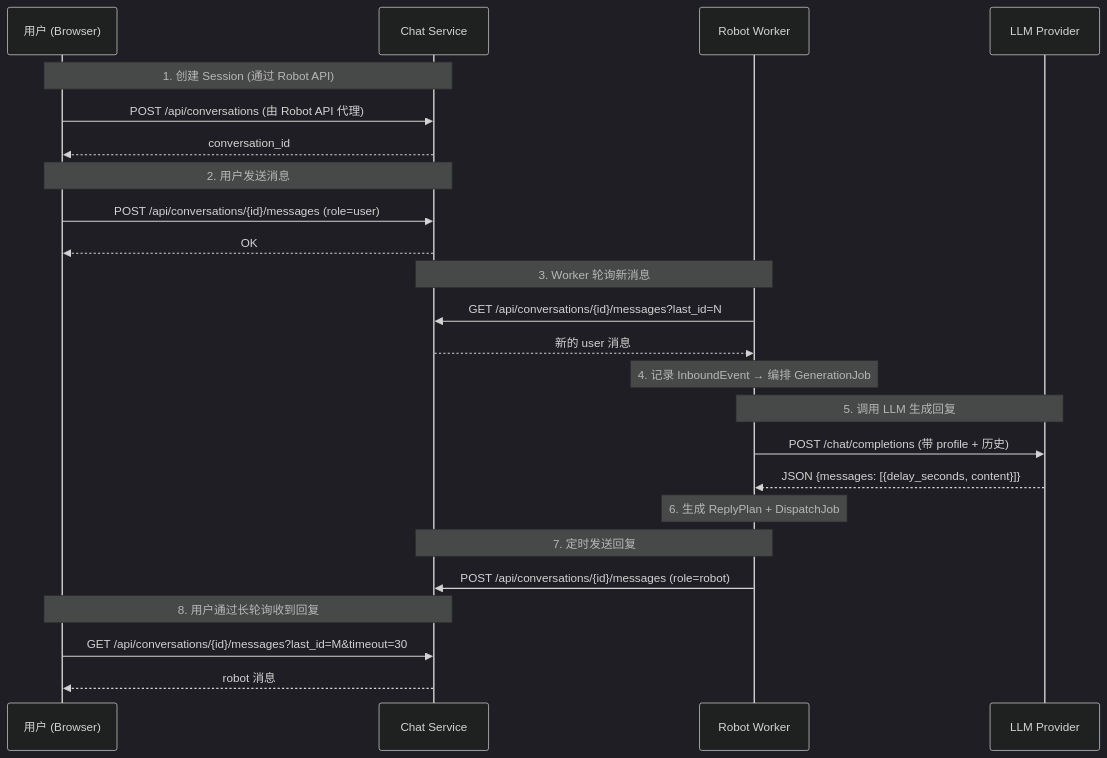
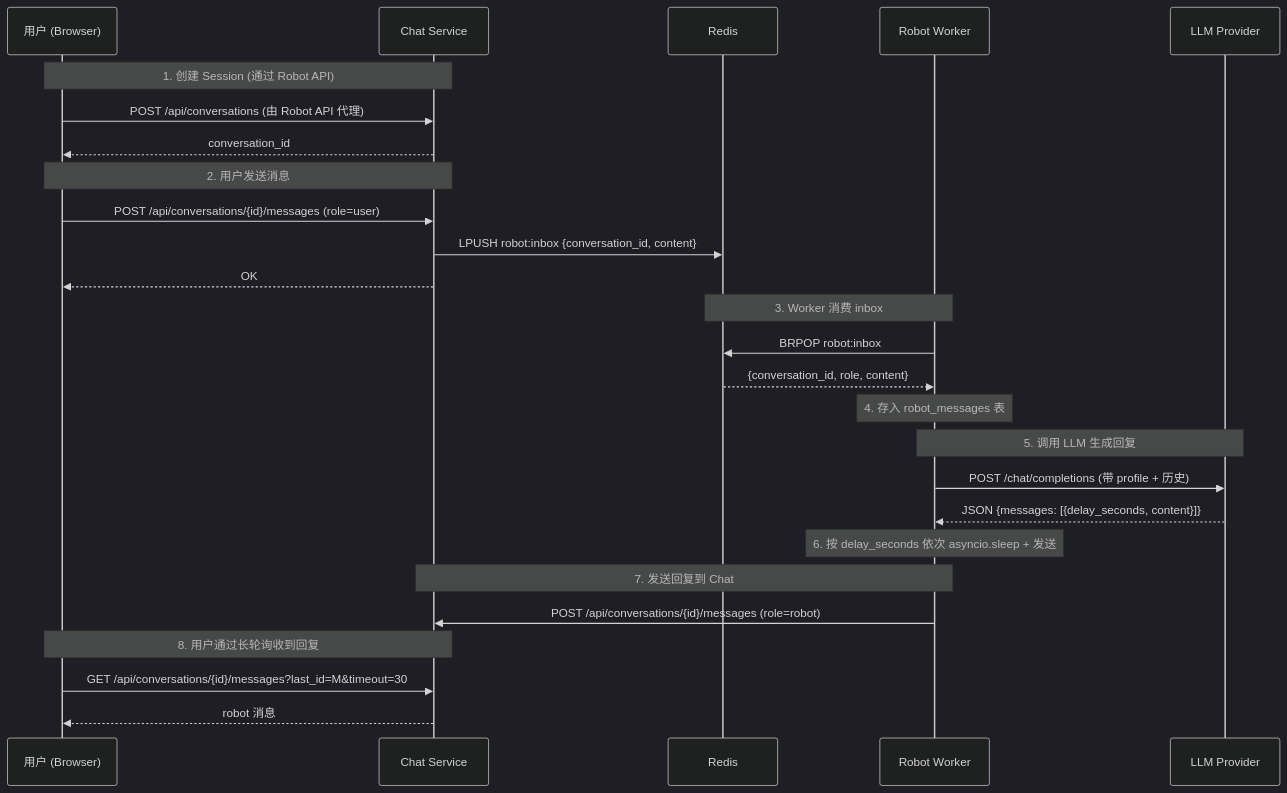
Before and after one commit to luotw100/wangzonghao: the second of 4 diagrams in README.md, drawn with Mermaid (dark theme). The commit also changed other lines of this file and 16 other files, not shown here.

````diff
--- a/README.md
+++ b/README.md
@@ -55,34 +61,36 @@
 ```mermaid
 sequenceDiagram
     participant User as 用户 (Browser)
     participant Chat as Chat Service
+    participant Redis as Redis
     participant Worker as Robot Worker
     participant LLM as LLM Provider
 
     Note over User, Chat: 1. 创建 Session (通过 Robot API)
     User->>Chat: POST /api/conversations (由 Robot API 代理)
     Chat-->>User: conversation_id
 
     Note over User, Chat: 2. 用户发送消息
     User->>Chat: POST /api/conversations/{id}/messages (role=user)
+    Chat->>Redis: LPUSH robot:inbox {conversation_id, content}
     Chat-->>User: OK
 
-    Note over Worker, Chat: 3. Worker 轮询新消息
-    Worker->>Chat: GET /api/conversations/{id}/messages?last_id=N
-    Chat-->>Worker: 新的 user 消息
+    Note over Worker, Redis: 3. Worker 消费 inbox
+    Worker->>Redis: BRPOP robot:inbox
+    Redis-->>Worker: {conversation_id, role, content}
 
-    Note over Worker: 4. 记录 InboundEvent → 编排 GenerationJob
+    Note over Worker: 4. 存入 robot_messages 表
 
     Note over Worker, LLM: 5. 调用 LLM 生成回复
     Worker->>LLM: POST /chat/completions (带 profile + 历史)
     LLM-->>Worker: JSON {messages: [{delay_seconds, content}]}
 
-    Note over Worker: 6. 生成 ReplyPlan + DispatchJob
+    Note over Worker: 6. 按 delay_seconds 依次 asyncio.sleep + 发送
 
-    Note over Worker, Chat: 7. 定时发送回复
+    Note over Worker, Chat: 7. 发送回复到 Chat
     Worker->>Chat: POST /api/conversations/{id}/messages (role=robot)
 
     Note over User, Chat: 8. 用户通过长轮询收到回复
     User->>Chat: GET /api/conversations/{id}/messages?last_id=M&timeout=30
     Chat-->>User: robot 消息
 ```
````
